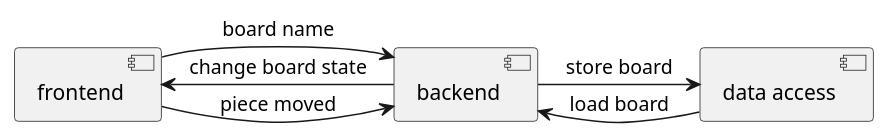
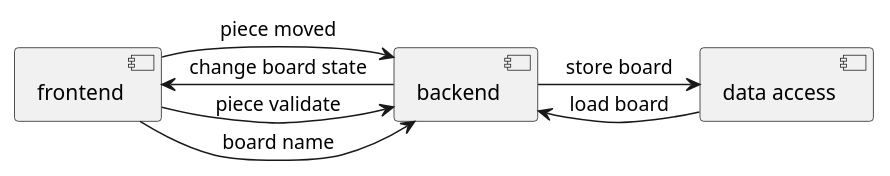
One commit to JeremiSz/Chess changed the diagram in documentation/networkMap.puml. Above: the diagram before and after it, drawn with PlantUML. The commit also changed 24 other files, not shown here.

```diff
--- a/documentation/networkMap.puml
+++ b/documentation/networkMap.puml
@@ -1,10 +1,11 @@
 @startuml
 
 [frontend] -> [backend] : piece moved
+[frontend] -> [backend] : piece validate
 [frontend] -> [backend] : board name
 [frontend] <- [backend] : change board state
 
 [backend] -> [data access] : store board
 [backend] <- [data access] : load board
 
 @enduml
```
